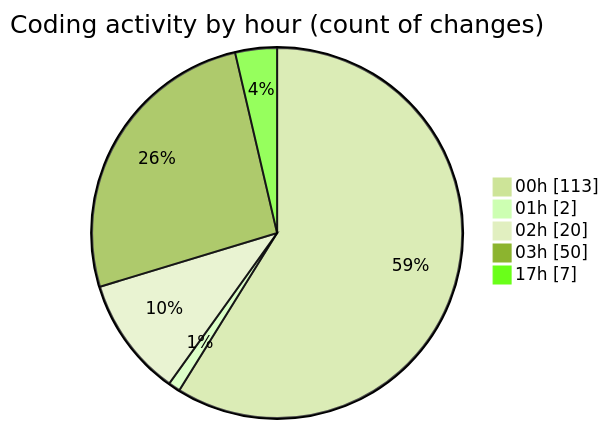
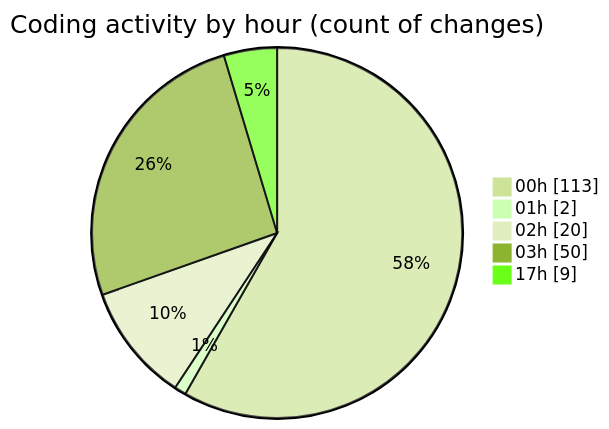
The second of 2 diagrams in 2025-08-06/napxuvn/README.md (lephambinh05/code-tracking), drawn with Mermaid (forest theme) before and after one commit. The commit also changed other lines of this file and 1 other file, not shown here.

````diff
--- a/2025-08-06/napxuvn/README.md
+++ b/2025-08-06/napxuvn/README.md
@@ -126,9 +127,9 @@
 ```mermaid
 pie showData
 title Coding activity by hour (count of changes)
 "00h" : 113
 "01h" : 2
 "02h" : 20
 "03h" : 50
-"17h" : 7
+"17h" : 9
 ```
````
